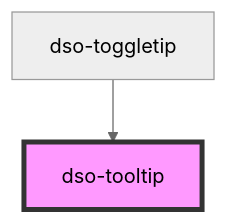
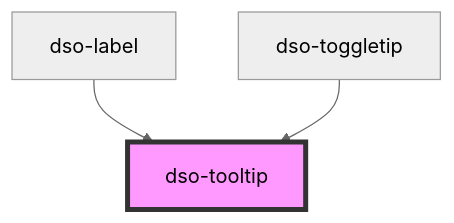
One commit to dso-toolkit/dso-toolkit changed the diagram in packages/core/src/components/tooltip/readme.md. Above: the diagram before and after it, drawn with Mermaid (neutral theme). The commit also changed other lines of this file and 11 other files, not shown here.

````diff
--- a/packages/core/src/components/tooltip/readme.md
+++ b/packages/core/src/components/tooltip/readme.md
@@ -52,5 +53,6 @@
 ```mermaid
 graph TD;
+  dso-label --> dso-tooltip
   dso-toggletip --> dso-tooltip
   style dso-tooltip fill:#f9f,stroke:#333,stroke-width:4px
 ```
````
